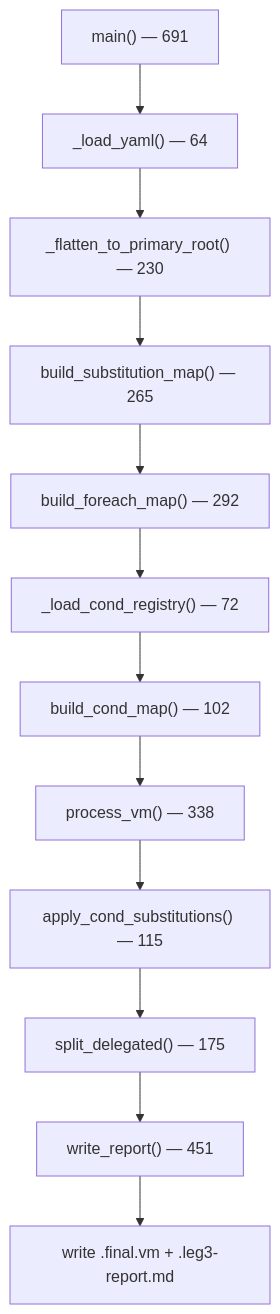
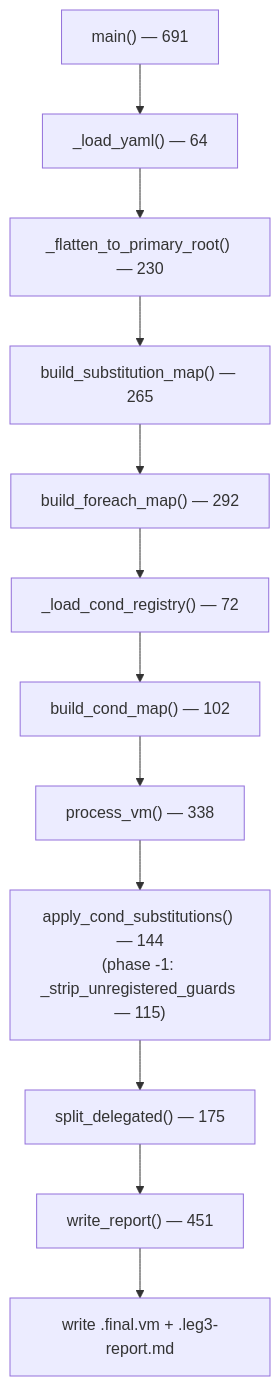
Before and after one commit to joshlawrence-web/socotra-document-conversion: the fourth of 5 diagrams in docs/leg-internals.md, drawn with Mermaid. The commit also changed other lines of this file and 59 other files, not shown here.

````diff
--- a/docs/leg-internals.md
+++ b/docs/leg-internals.md
@@ -190,14 +206,14 @@
 ```mermaid
 flowchart TD
   A["main() — 691"] --> B["_load_yaml() — 64"]
   B --> C["_flatten_to_primary_root() — 230"]
   C --> D["build_substitution_map() — 265"]
   D --> E["build_foreach_map() — 292"]
   E --> F["_load_cond_registry() — 72"]
   F --> G["build_cond_map() — 102"]
   G --> H["process_vm() — 338"]
-  H --> I["apply_cond_substitutions() — 115"]
+  H --> I["apply_cond_substitutions() — 144<br/>(phase -1: _strip_unregistered_guards — 115)"]
   I --> J["split_delegated() — 175"]
   J --> K["write_report() — 451"]
   K --> L["write .final.vm + .leg3-report.md"]
 ```
````
